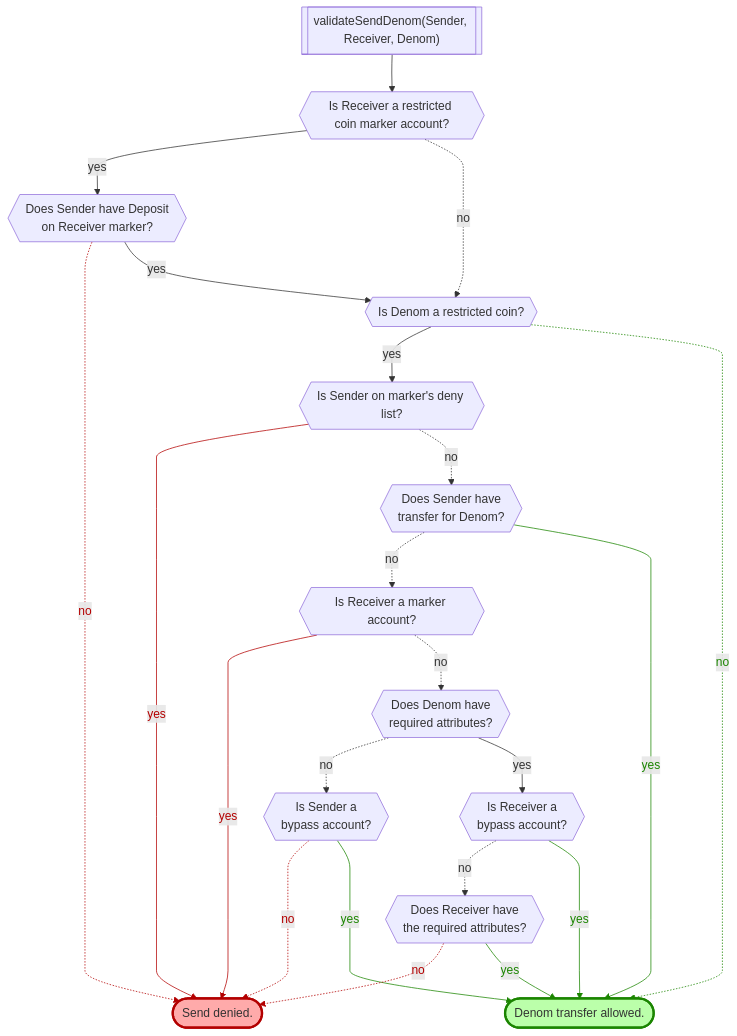
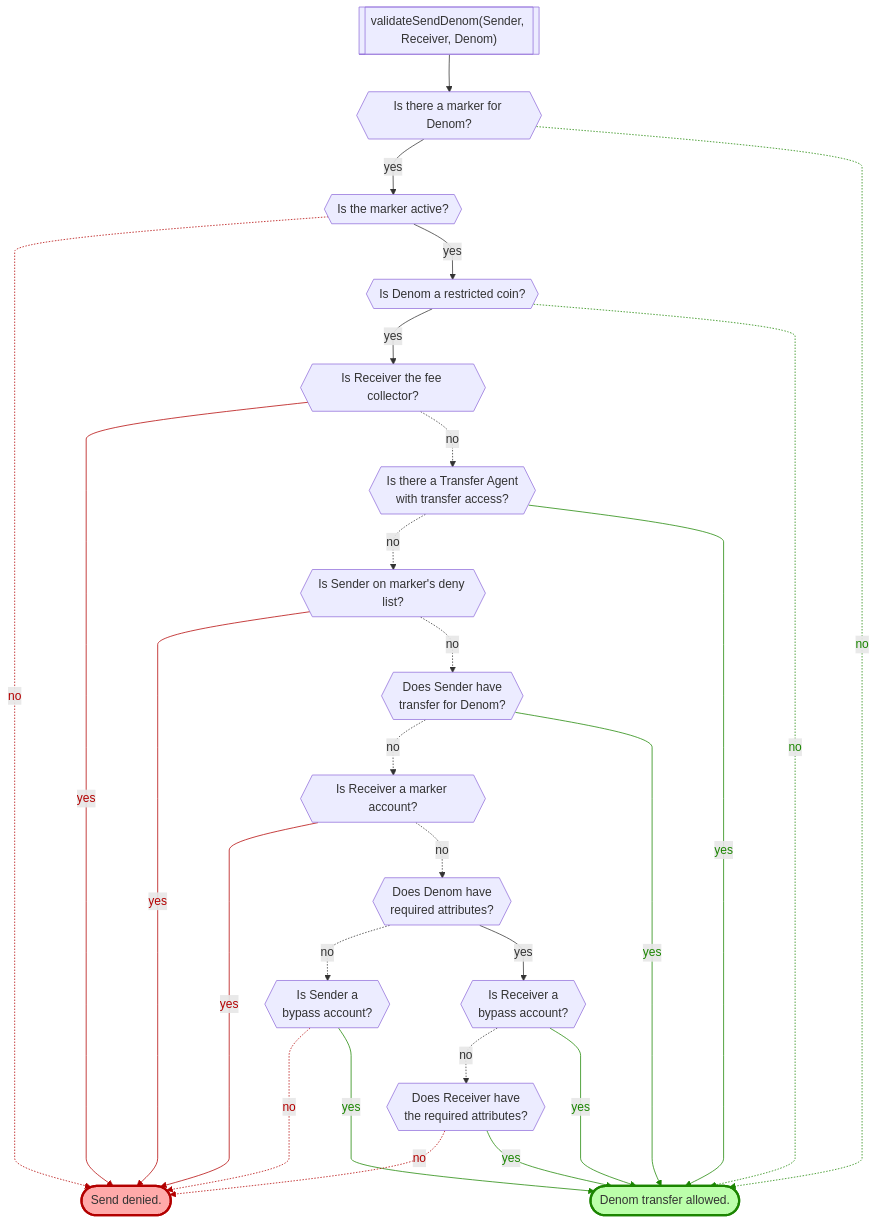
Before and after one commit to provenance-io/provenance: the fourth of 8 diagrams in x/marker/spec/12_transfers.md, drawn with Mermaid. The commit also changed other lines of this file and 65 other files, not shown here.

First line of the commit message:
Backport: 1830 (commitments CLI), 1831 (force transfer), 1833 (nhash-per-usd-mil), 1835 (transfer agents), 1843 (bid prices), 1846 (restricted coins/fee collector), 1848 (sdk to v0.46.13-pio-3). (#1849)

````diff
--- a/x/marker/spec/12_transfers.md
+++ b/x/marker/spec/12_transfers.md
@@ -125,43 +218,49 @@
 ```mermaid
 %%{ init: { 'flowchart': { 'curve': 'monotoneY'} } }%%
 flowchart TD
     start[["validateSendDenom(Sender, Receiver, Denom)"]]
-    qisrdep{{"Is Receiver a restricted coin marker account?"}}
-    qhasdep{{"Does Sender have Deposit\non Receiver marker?"}}
+    isdm{{"Is there a marker for Denom?"}}
+    isma{{"Is the marker active?"}}
     qisrc{{"Is Denom a restricted coin?"}}
+    qistofc{{"Is Receiver the fee collector?"}}
+    ista{{"Is there a Transfer Agent\nwith transfer access?"}}
     qisdeny{{"Is Sender on marker's deny list?"}}
     qhastrans{{"Does Sender have\ntransfer for Denom?"}}
     qisdep{{"Is Receiver a marker account?"}}
     qmhasattr{{"Does Denom have\nrequired attributes?"}}
     qissbp{{"Is Sender a\nbypass account?"}}
     qisrbp{{"Is Receiver a\nbypass account?"}}
     qrhasattr{{"Does Receiver have\nthe required attributes?"}}
     ok(["Denom transfer allowed."])
     style ok fill:#bbffaa,stroke:#1b8500,stroke-width:3px
     denied(["Send denied."])
     style denied fill:#ffaaaa,stroke:#b30000,stroke-width:3px
-    start --> qisrdep
-    qisrdep -->|yes| qhasdep
-    qisrdep -.->|no| qisrc
-    qhasdep -.->|no| denied
-    qhasdep -->|yes| qisrc
-    qisrc -->|yes| qisdeny
+    start --> isdm
+    isdm -->|yes| isma
+    isdm -.->|no| ok
+    isma -.->|no| denied
+    isma -->|yes| qisrc
+    qisrc -->|yes| qistofc
     qisrc -.->|no| ok
+    qistofc -->|yes| denied
+    qistofc -.->|no| ista
+    ista -.->|no| qisdeny
+    ista -->|yes| ok
     qisdeny -->|yes| denied
     qisdeny -.->|no| qhastrans
     qhastrans -.->|no| qisdep
     qhastrans -->|yes| ok
     qisdep -->|yes| denied
     qisdep -.->|no| qmhasattr
     qmhasattr -.->|no| qissbp
     qmhasattr -->|yes| qisrbp
     qissbp -..->|no| denied
     qissbp --->|yes| ok
     qisrbp -.->|no| qrhasattr
     qisrbp -->|yes| ok
     qrhasattr -.->|no| denied
     qrhasattr -->|yes| ok
 
-    linkStyle 3,7,11,15,19 stroke:#b30000,color:#b30000
-    linkStyle 6,10,16,18,20 stroke:#1b8500,color:#1b8500
+    linkStyle 3,7,11,15,19,23 stroke:#b30000,color:#b30000
+    linkStyle 2,6,10,14,20,22,24 stroke:#1b8500,color:#1b8500
 ```
````
